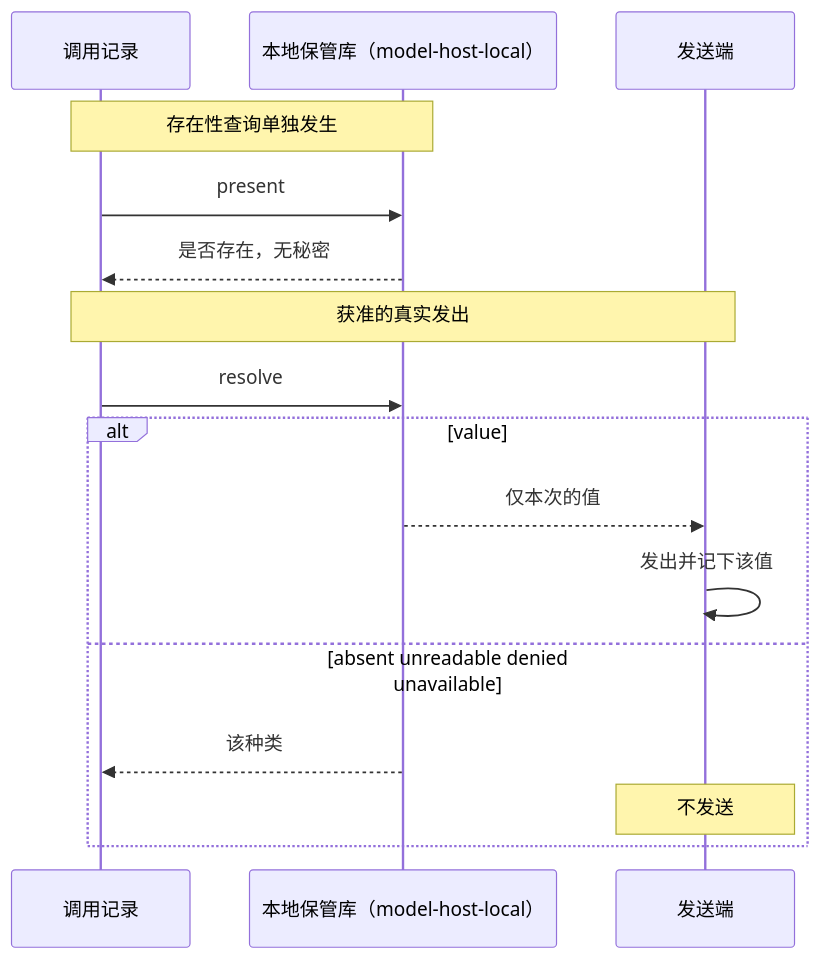
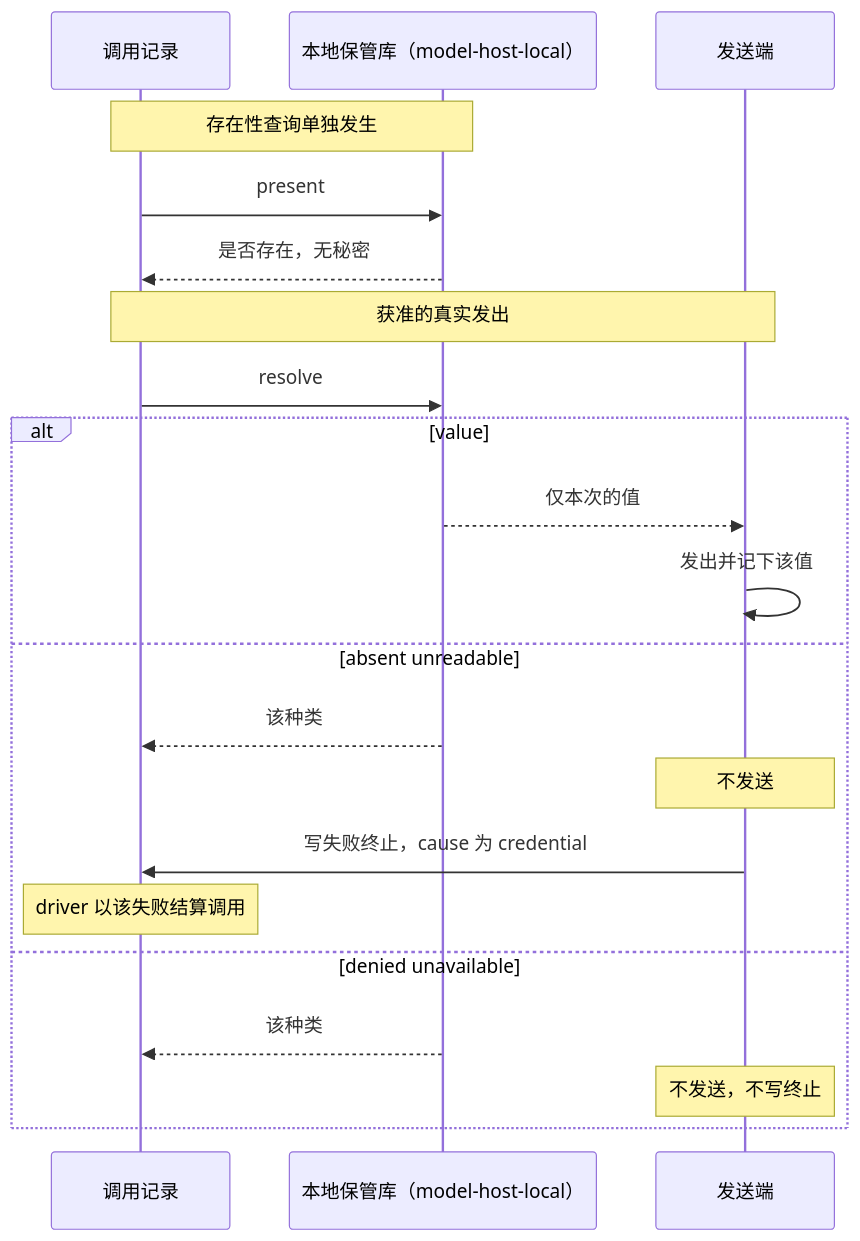
One commit to nemori-ai/omne-harness-lite changed diagram 17 of 17 in packages/model/model/docs/flows.md. Above: the diagram before and after it, drawn with Mermaid. The commit also changed 10 other files, not shown here.

First line of the commit message:
fix(model): 凭据缺失或读不出时把调用终结为 credential 失败，不再答 unavailable（R2-D359）

````diff
--- a/packages/model/model/docs/flows.md
+++ b/packages/model/model/docs/flows.md
@@ -702,18 +702,23 @@
 ```mermaid
 sequenceDiagram
   participant Call as 调用记录
   participant Keep as 本地保管库（model-host-local）
   participant Send as 发送端
   Note over Call,Keep: 存在性查询单独发生
   Call->>Keep: present
   Keep-->>Call: 是否存在，无秘密
   Note over Call,Send: 获准的真实发出
   Call->>Keep: resolve
   alt value
     Keep-->>Send: 仅本次的值
     Send->>Send: 发出并记下该值
-  else absent unreadable denied unavailable
+  else absent unreadable
     Keep-->>Call: 该种类
     Note over Send: 不发送
+    Send->>Call: 写失败终止，cause 为 credential
+    Note over Call: driver 以该失败结算调用
+  else denied unavailable
+    Keep-->>Call: 该种类
+    Note over Send: 不发送，不写终止
   end
 ```
````
